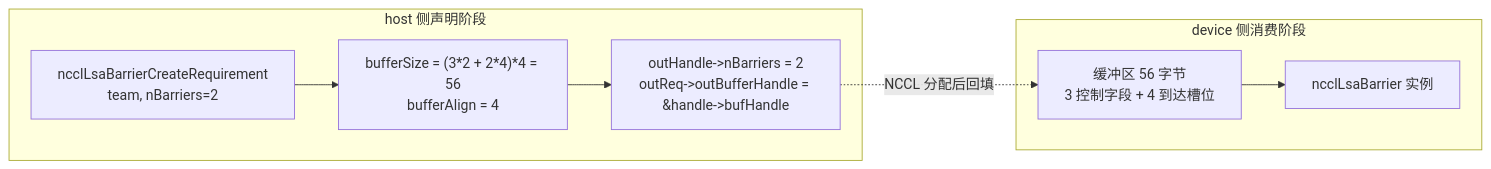
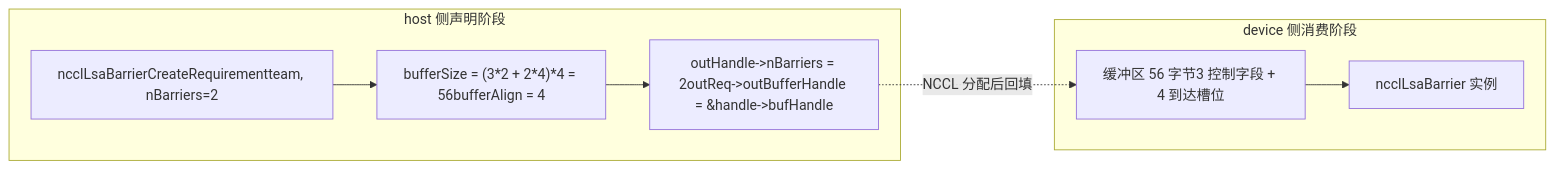
The second of 5 diagrams in books/nccl/en/20-device-api-and-kernel-fusion.md (maleRjc/AiReadCodeBooks), drawn with Mermaid before and after one commit. The commit also changed other lines of this file and 80 other files, not shown here.

````diff
--- a/books/nccl/en/20-device-api-and-kernel-fusion.md
+++ b/books/nccl/en/20-device-api-and-kernel-fusion.md
@@ -101,15 +106,15 @@
 ```mermaid
 flowchart LR
     subgraph host["host 侧声明阶段"]
-        req["ncclLsaBarrierCreateRequirement<br/>team, nBarriers=2"]
-        calc["bufferSize = (3*2 + 2*4)*4 = 56<br/>bufferAlign = 4"]
-        handle["outHandle->nBarriers = 2<br/>outReq->outBufferHandle = &handle->bufHandle"]
+        req["ncclLsaBarrierCreateRequirementteam, nBarriers=2"]
+        calc["bufferSize = (3*2 + 2*4)*4 = 56bufferAlign = 4"]
+        handle["outHandle->nBarriers = 2outReq->outBufferHandle = &handle->bufHandle"]
     end
     subgraph dev["device 侧消费阶段"]
-        buf["缓冲区 56 字节<br/>3 控制字段 + 4 到达槽位"]
+        buf["缓冲区 56 字节3 控制字段 + 4 到达槽位"]
         bar["ncclLsaBarrier 实例"]
     end
     req --> calc --> handle
     handle -.->|"NCCL 分配后回填"| buf
     buf --> bar
 ```
````
